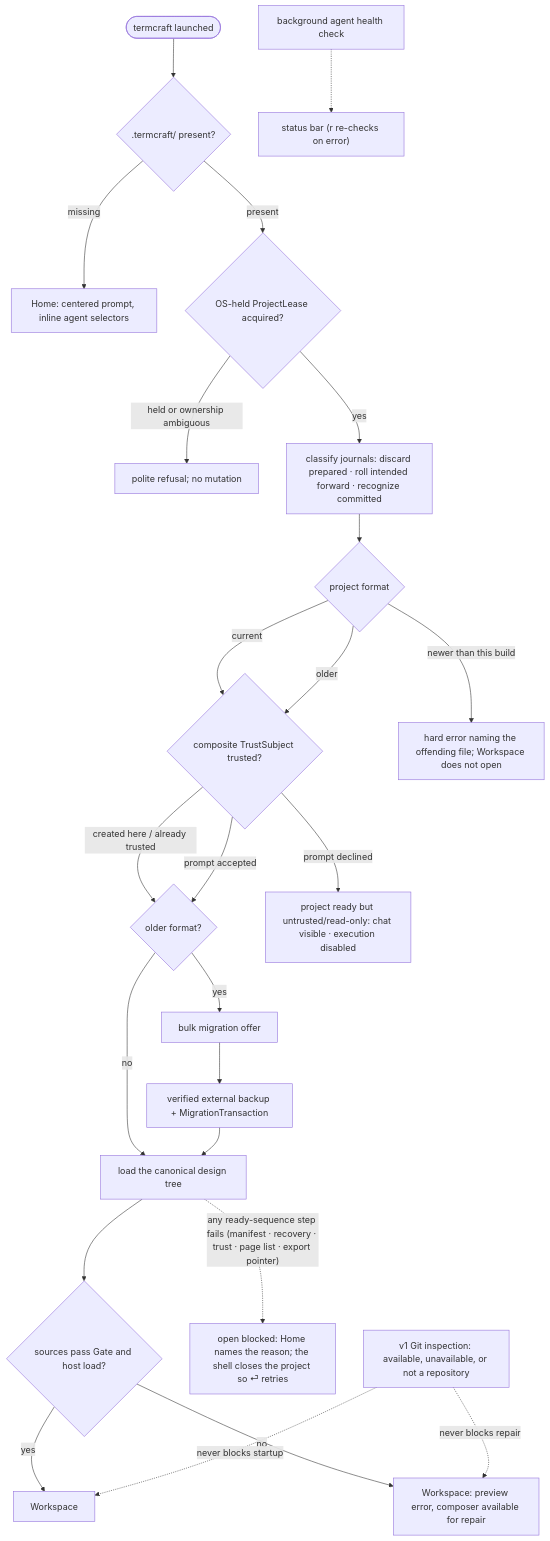
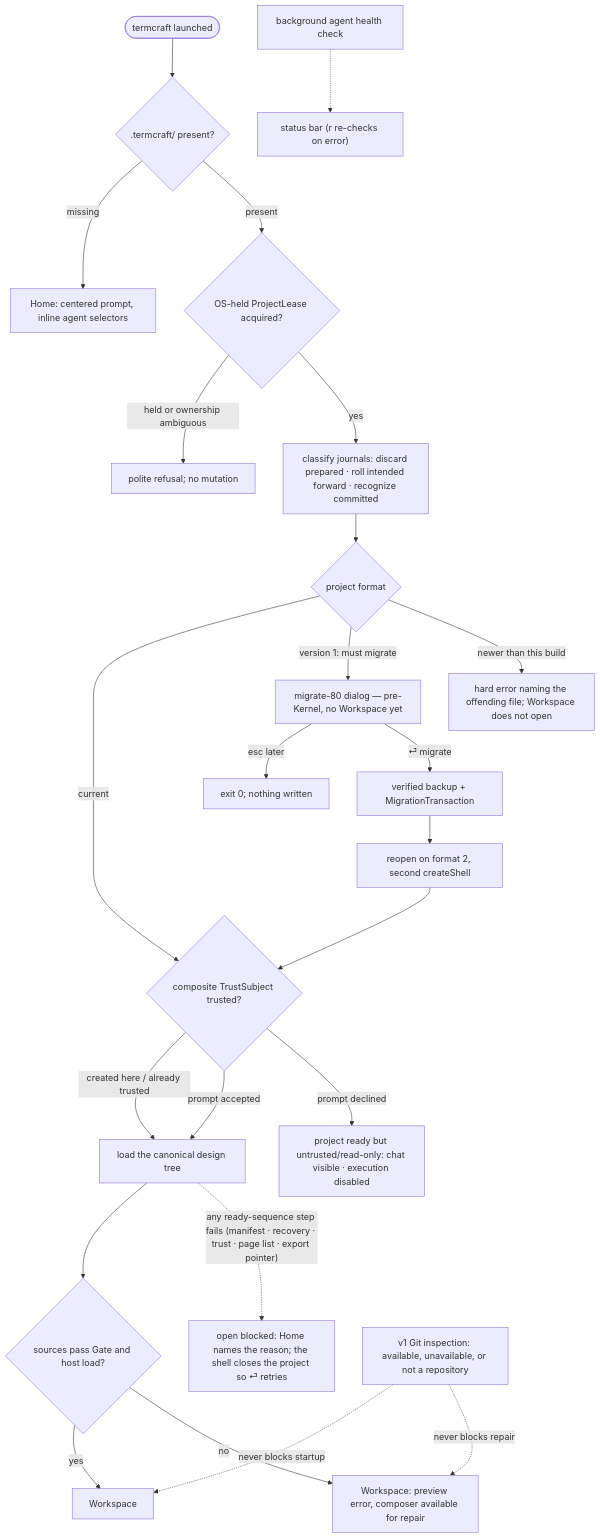
One commit to khmilevoi/termcraft changed the first of 2 diagrams in docs/architecture/flows/launch.md. Above: the diagram before and after it, drawn with Mermaid. The commit also changed other lines of this file and 6 other files, not shown here.

First line of the commit message:
docs: close the design-tree phase-1b ledger and record what the migration decided

````diff
--- a/docs/architecture/flows/launch.md
+++ b/docs/architecture/flows/launch.md
@@ -3,23 +3,23 @@
 ```mermaid
 flowchart TD
     start(["termcraft launched"]) --> findq{".termcraft/ present?"}
     findq -- "missing" --> home["Home: centered prompt, inline agent selectors"]
     findq -- "present" --> lockq{"OS-held ProjectLease acquired?"}
     lockq -- "held or ownership ambiguous" --> refuse["polite refusal; no mutation"]
     lockq -- "yes" --> recover["classify journals: discard prepared · roll intended forward · recognize committed"] --> formatq{"project format"}
     formatq -- "current" --> trustq{"composite TrustSubject trusted?"}
-    formatq -- "older" --> trustq
+    formatq -- "version 1: must migrate" --> migoffer["migrate-80 dialog — pre-Kernel, no Workspace yet"]
+    migoffer -- "esc later" --> migdeclined["exit 0; nothing written"]
+    migoffer -- "⏎ migrate" --> migrun["verified backup + MigrationTransaction"] --> reopen2["reopen on format 2, second createShell"] --> trustq
     formatq -- "newer than this build" --> toonew["hard error naming the offending file; Workspace does not open"]
-    trustq -- "created here / already trusted" --> posttrust{"older format?"}
-    trustq -- "prompt accepted" --> posttrust
+    trustq -- "created here / already trusted" --> load["load the canonical design tree"]
+    trustq -- "prompt accepted" --> load
     trustq -- "prompt declined" --> untrusted["project ready but untrusted/read-only: chat visible · execution disabled"]
-    posttrust -- "no" --> load["load the canonical design tree"]
-    posttrust -- "yes" --> offer["bulk migration offer"] --> migrate["verified external backup + MigrationTransaction"] --> load
     load --> sourceq{"sources pass Gate and host load?"}
     sourceq -- "yes" --> ws["Workspace"]
     sourceq -- "no" --> broken["Workspace: preview error, composer available for repair"]
     load -. "any ready-sequence step fails (manifest · recovery · trust · page list · export pointer)" .-> blocked["open blocked: Home names the reason; the shell closes the project so ⏎ retries"]
     gitstate["v1 Git inspection: available, unavailable, or not a repository"] -. "never blocks startup" .-> ws
     gitstate -. "never blocks repair" .-> broken
     health["background agent health check"] -.-> bar["status bar (r re-checks on error)"]
 ```
````
